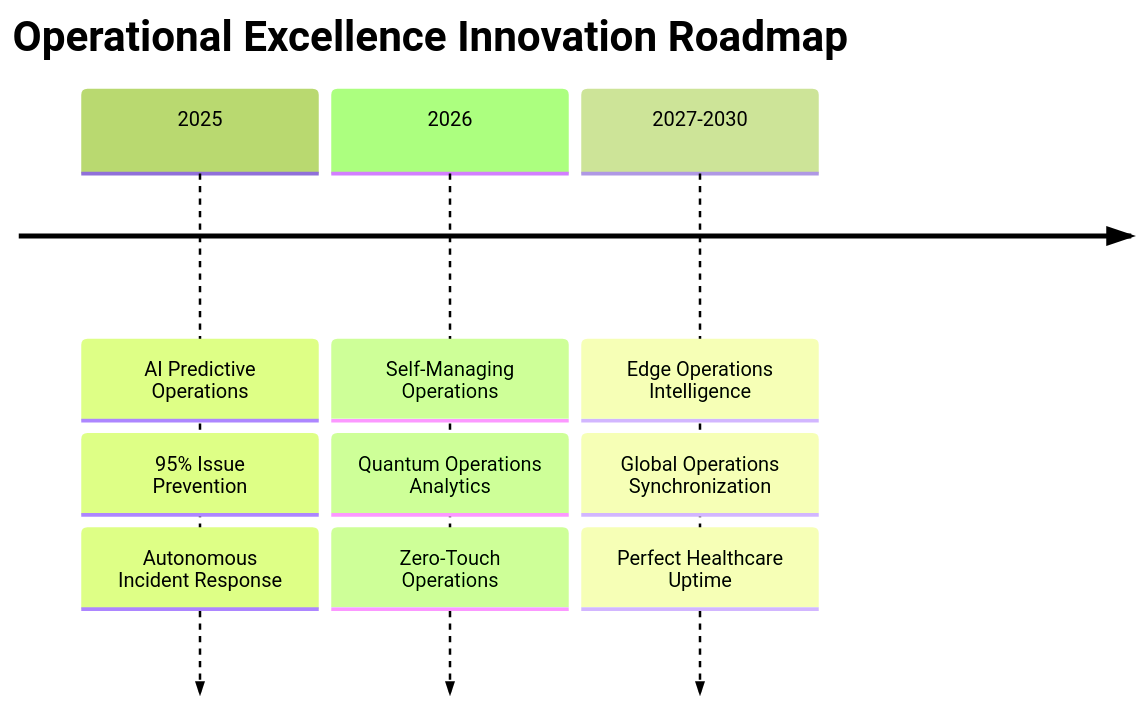
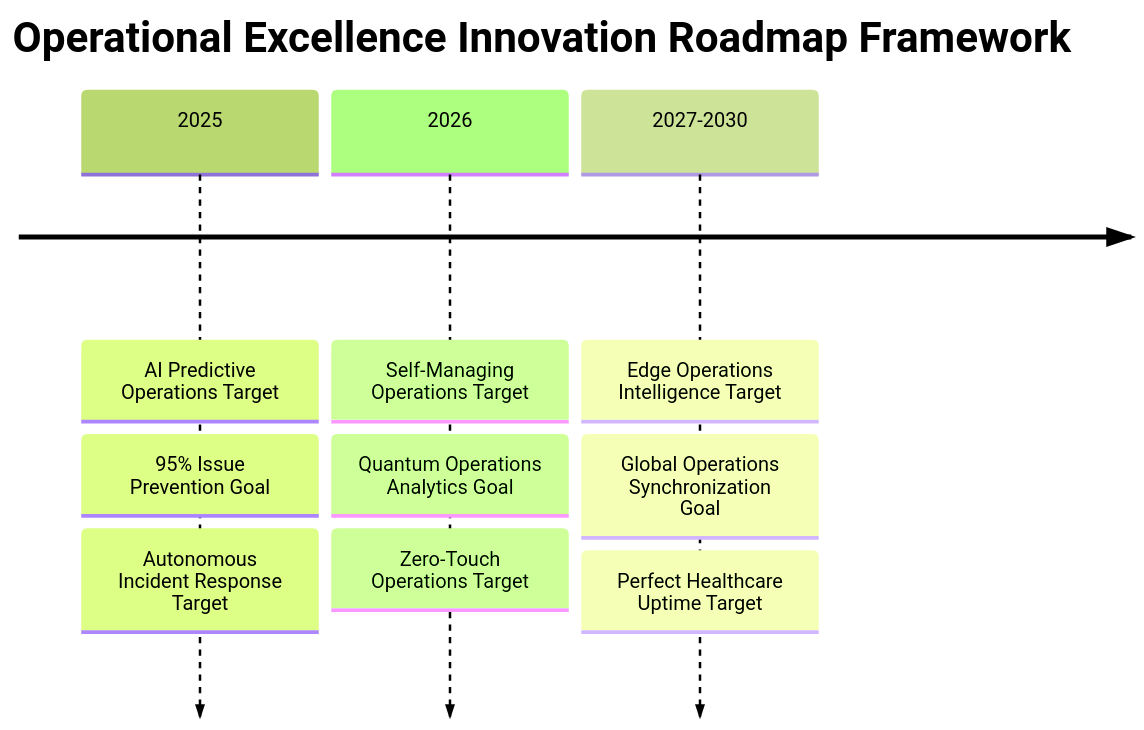
One commit to mydr24/book changed the fourth of 12 diagrams in chapters/11-monitoring-observability.md. Above: the diagram before and after it, drawn with Mermaid (forest theme). The commit also changed other lines of this file and 15 other files, not shown here.

````diff
--- a/chapters/11-monitoring-observability.md
+++ b/chapters/11-monitoring-observability.md
@@ -255,16 +257,16 @@
 ```mermaid
 timeline
-    title Operational Excellence Innovation Roadmap
+    title Operational Excellence Innovation Roadmap Framework
     
-    2025 : AI Predictive Operations
-         : 95% Issue Prevention
-         : Autonomous Incident Response
+    2025 : AI Predictive Operations Target
+         : 95% Issue Prevention Goal
+         : Autonomous Incident Response Target
     
-    2026 : Self-Managing Operations
-         : Quantum Operations Analytics
-         : Zero-Touch Operations
+    2026 : Self-Managing Operations Target
+         : Quantum Operations Analytics Goal
+         : Zero-Touch Operations Target
     
-    2027-2030 : Edge Operations Intelligence
-            : Global Operations Synchronization
-            : Perfect Healthcare Uptime
+    2027-2030 : Edge Operations Intelligence Target
+            : Global Operations Synchronization Goal
+            : Perfect Healthcare Uptime Target
 ```
````
